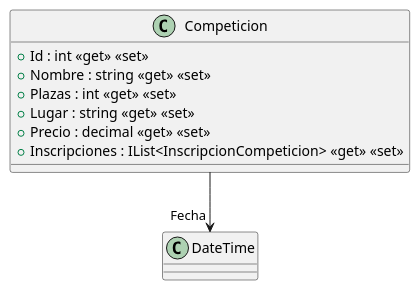
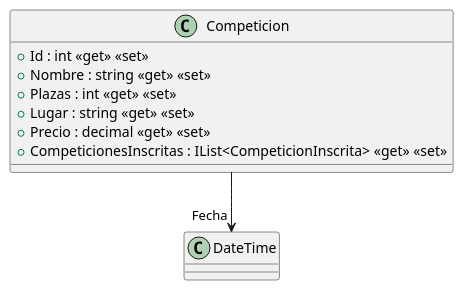
The diagram in src/AppForSEII.API/ClassDiagram/Competicion.puml (2026-27AstonMartin/ISII2627AstonMartin), drawn with PlantUML before and after one commit. The commit also changed 16 other files, not shown here.

```diff
--- a/src/AppForSEII.API/ClassDiagram/Competicion.puml
+++ b/src/AppForSEII.API/ClassDiagram/Competicion.puml
@@ -1,11 +1,11 @@
 @startuml
 class Competicion {
     + Id : int <<get>> <<set>>
     + Nombre : string <<get>> <<set>>
     + Plazas : int <<get>> <<set>>
     + Lugar : string <<get>> <<set>>
     + Precio : decimal <<get>> <<set>>
-    + Inscripciones : IList<InscripcionCompeticion> <<get>> <<set>>
+    + CompeticionesInscritas : IList<CompeticionInscrita> <<get>> <<set>>
 }
 Competicion --> "Fecha" DateTime
 @enduml
```
